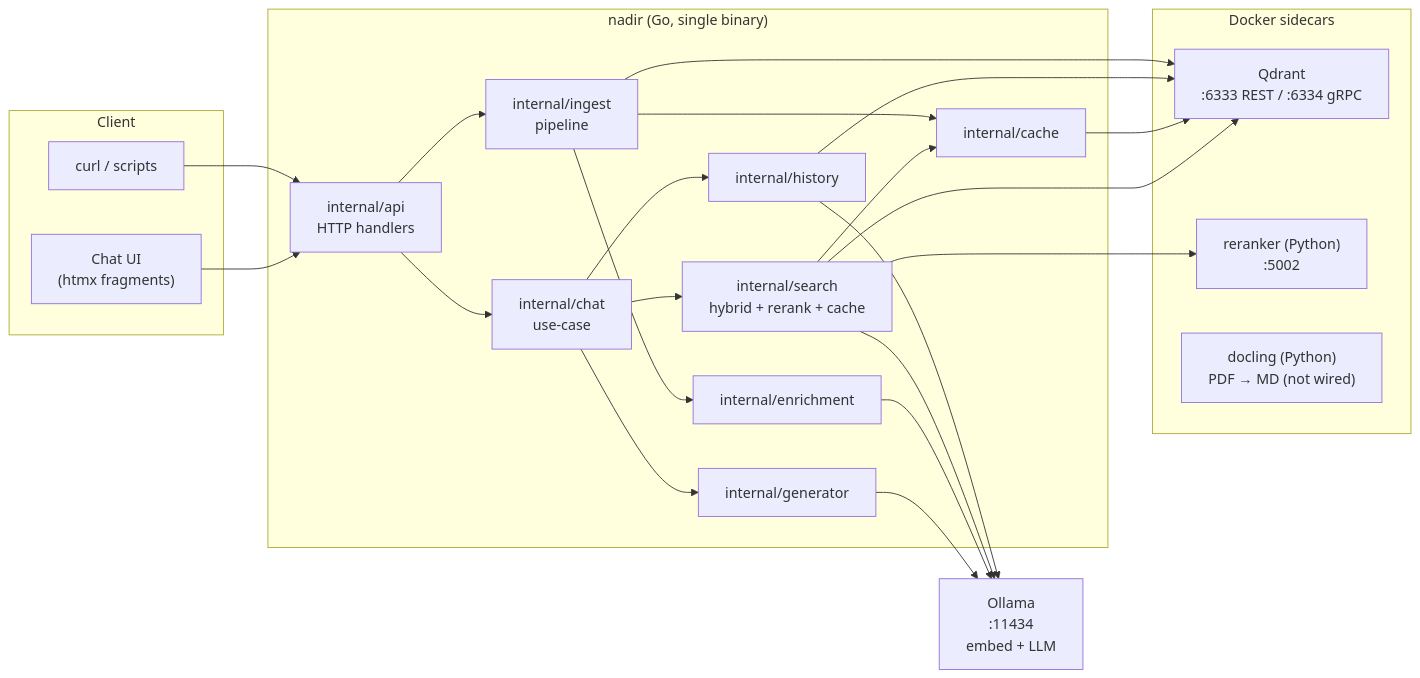
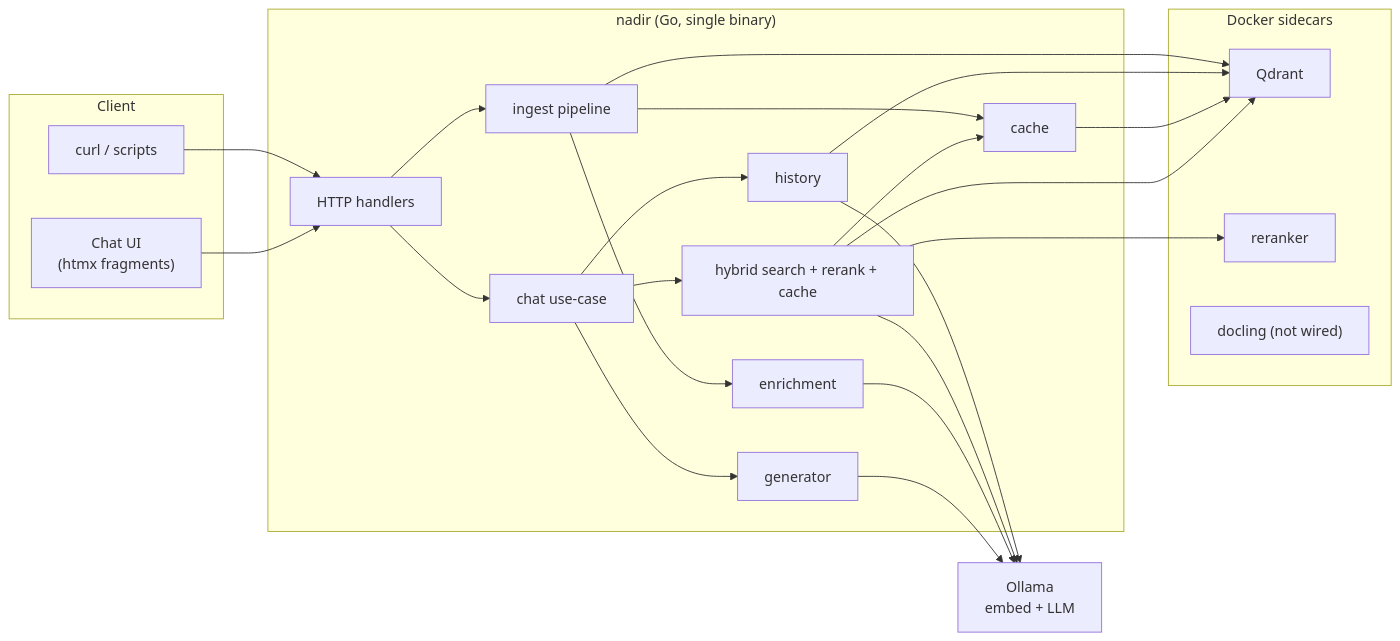
Before and after one commit to Chandra179/atlas: the first of 12 diagrams in blog/astro/src/content/docs/nadir.md, drawn with Mermaid. The commit also changed other lines of this file and 2 other files, not shown here.

````diff
--- a/blog/astro/src/content/docs/nadir.md
+++ b/blog/astro/src/content/docs/nadir.md
@@ -26,46 +18,46 @@
 ```mermaid
 flowchart LR
     subgraph Client
         UI["Chat UI<br/>(htmx fragments)"]
         CURL["curl / scripts"]
     end
 
     subgraph Nadir["nadir (Go, single binary)"]
-        API["internal/api<br/>HTTP handlers"]
-        CHAT["internal/chat<br/>use-case"]
-        SEARCH["internal/search<br/>hybrid + rerank + cache"]
-        INGEST["internal/ingest<br/>pipeline"]
-        GEN["internal/generator"]
-        ENRICH["internal/enrichment"]
-        HIST["internal/history"]
-        CACHE["internal/cache"]
+        API["HTTP handlers"]
+        CHAT["chat use-case"]
+        SEARCH["hybrid search + rerank + cache"]
+        INGEST["ingest pipeline"]
+        GEN["generator"]
+        ENRICH["enrichment"]
+        HIST["history"]
+        CACHE["cache"]
     end
 
     subgraph Sidecars["Docker sidecars"]
-        QDRANT["Qdrant<br/>:6333 REST / :6334 gRPC"]
-        RERANK["reranker (Python)<br/>:5002"]
-        DOCLING["docling (Python)<br/>PDF → MD (not wired)"]
+        QDRANT["Qdrant"]
+        RERANK["reranker"]
+        DOCLING["docling (not wired)"]
     end
 
-    OLLAMA["Ollama<br/>:11434<br/>embed + LLM"]
+    OLLAMA["Ollama<br/>embed + LLM"]
 
     UI --> API
     CURL --> API
     API --> CHAT
     API --> INGEST
     CHAT --> SEARCH
     CHAT --> GEN
     CHAT --> HIST
     SEARCH --> QDRANT
     SEARCH --> RERANK
     SEARCH --> CACHE
     CACHE --> QDRANT
     HIST --> QDRANT
     INGEST --> QDRANT
     INGEST --> ENRICH
     INGEST --> CACHE
     GEN --> OLLAMA
     ENRICH --> OLLAMA
     SEARCH --> OLLAMA
     HIST --> OLLAMA
 ```
````
